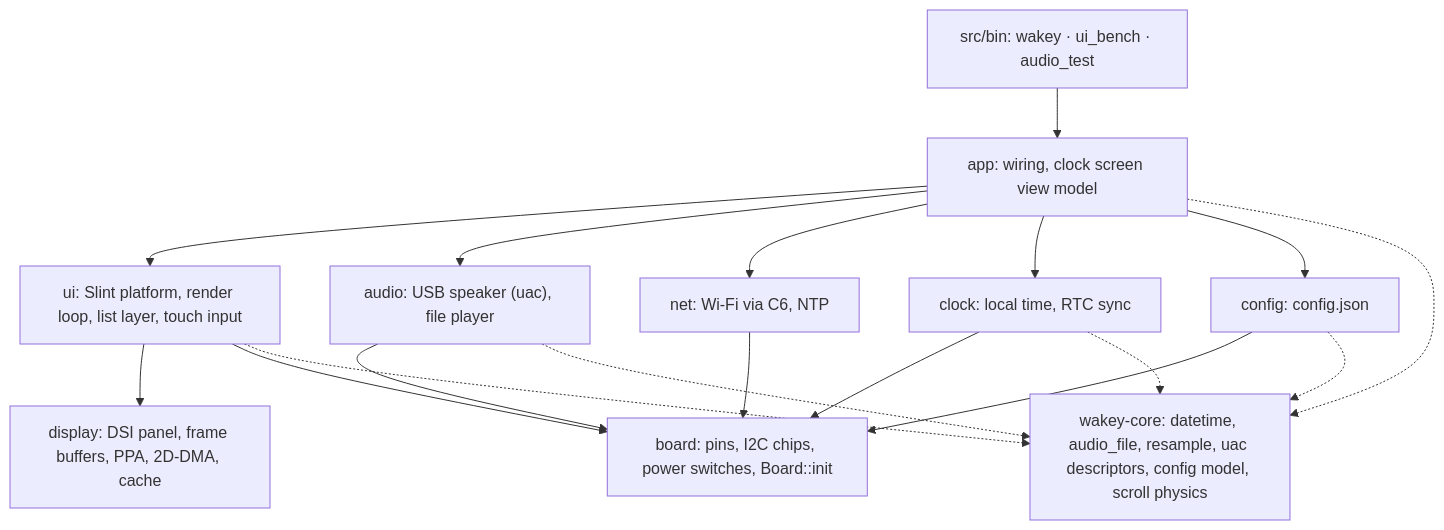
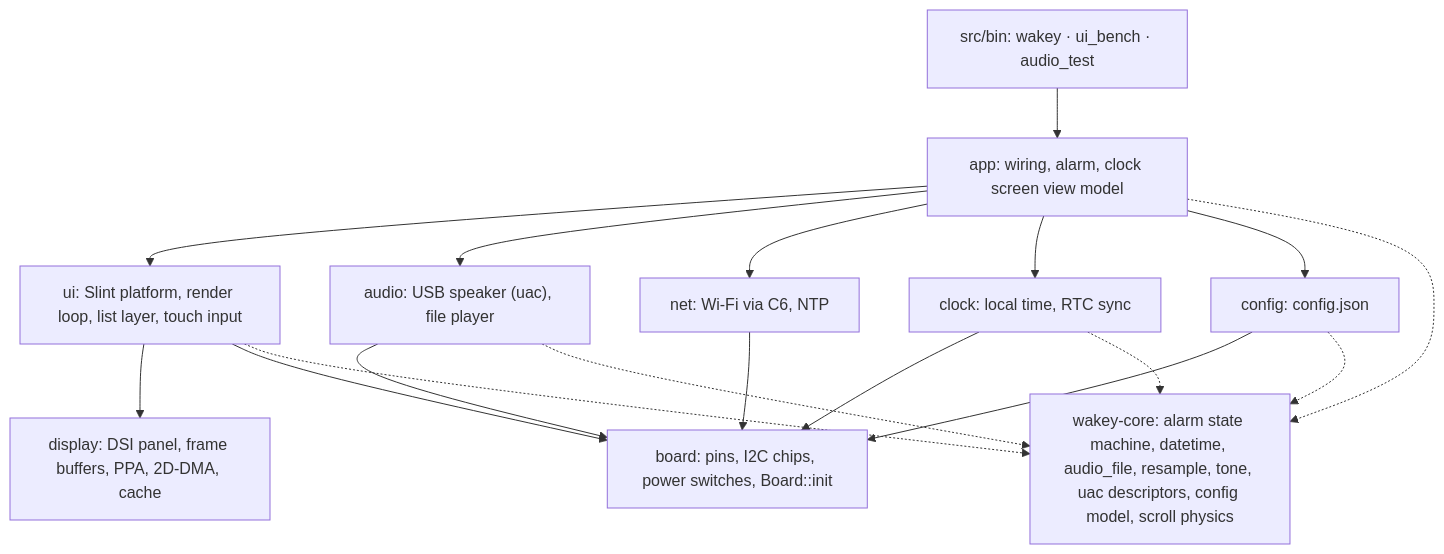
Before and after one commit to wackazong/wakey: the first of 3 diagrams in docs/architecture.md, drawn with Mermaid. The commit also changed other lines of this file and 15 other files, not shown here.

````diff
--- a/docs/architecture.md
+++ b/docs/architecture.md
@@ -32,13 +32,13 @@
 ```mermaid
 flowchart TD
     BIN["src/bin: wakey · ui_bench · audio_test"] --> APP
-    APP["app: wiring, clock screen view model"] --> UI & AUDIO & NET & CLOCK & CONFIG
+    APP["app: wiring, alarm, clock screen view model"] --> UI & AUDIO & NET & CLOCK & CONFIG
     UI["ui: Slint platform, render loop, list layer, touch input"] --> DISPLAY & BOARD
     AUDIO["audio: USB speaker (uac), file player"] --> BOARD
     NET["net: Wi-Fi via C6, NTP"] --> BOARD
     CLOCK["clock: local time, RTC sync"] --> BOARD
     CONFIG["config: config.json"] --> BOARD
     BOARD["board: pins, I2C chips, power switches, Board::init"]
     DISPLAY["display: DSI panel, frame buffers, PPA, 2D-DMA, cache"]
-    APP & UI & AUDIO & CLOCK & CONFIG -.-> CORE["wakey-core: datetime, audio_file, resample, uac descriptors, config model, scroll physics"]
+    APP & UI & AUDIO & CLOCK & CONFIG -.-> CORE["wakey-core: alarm state machine, datetime, audio_file, resample, tone, uac descriptors, config model, scroll physics"]
 ```
````
